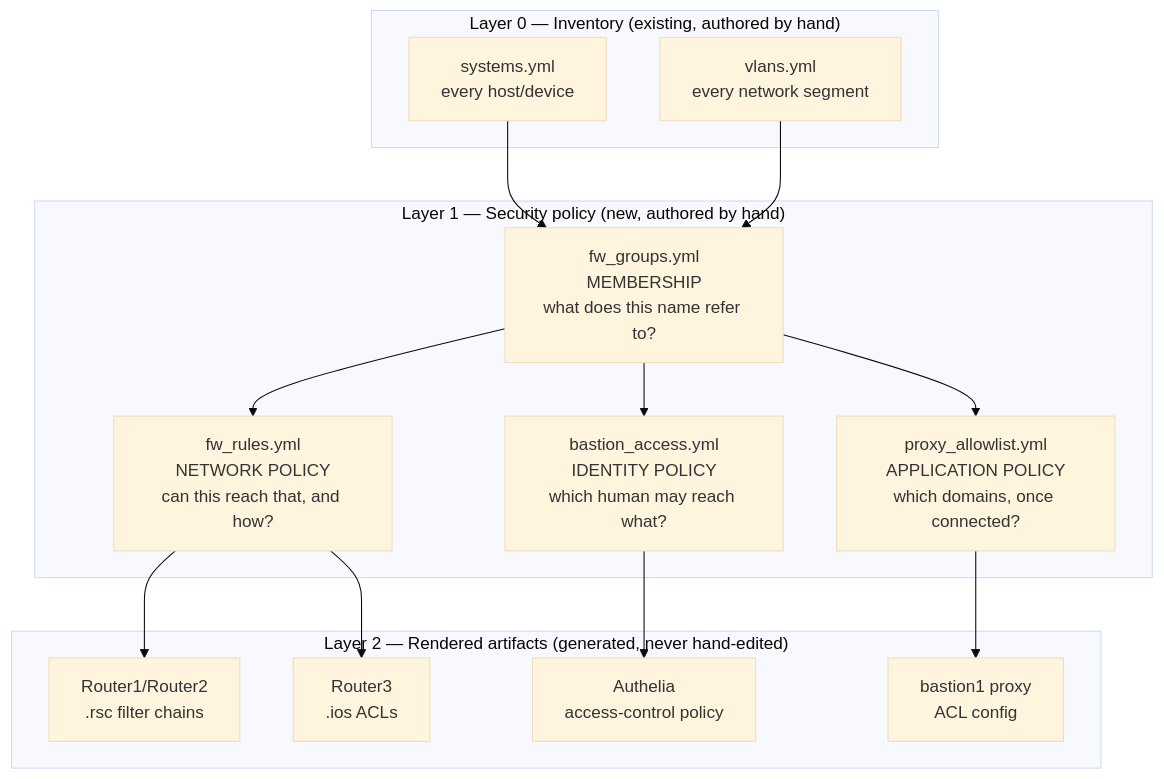
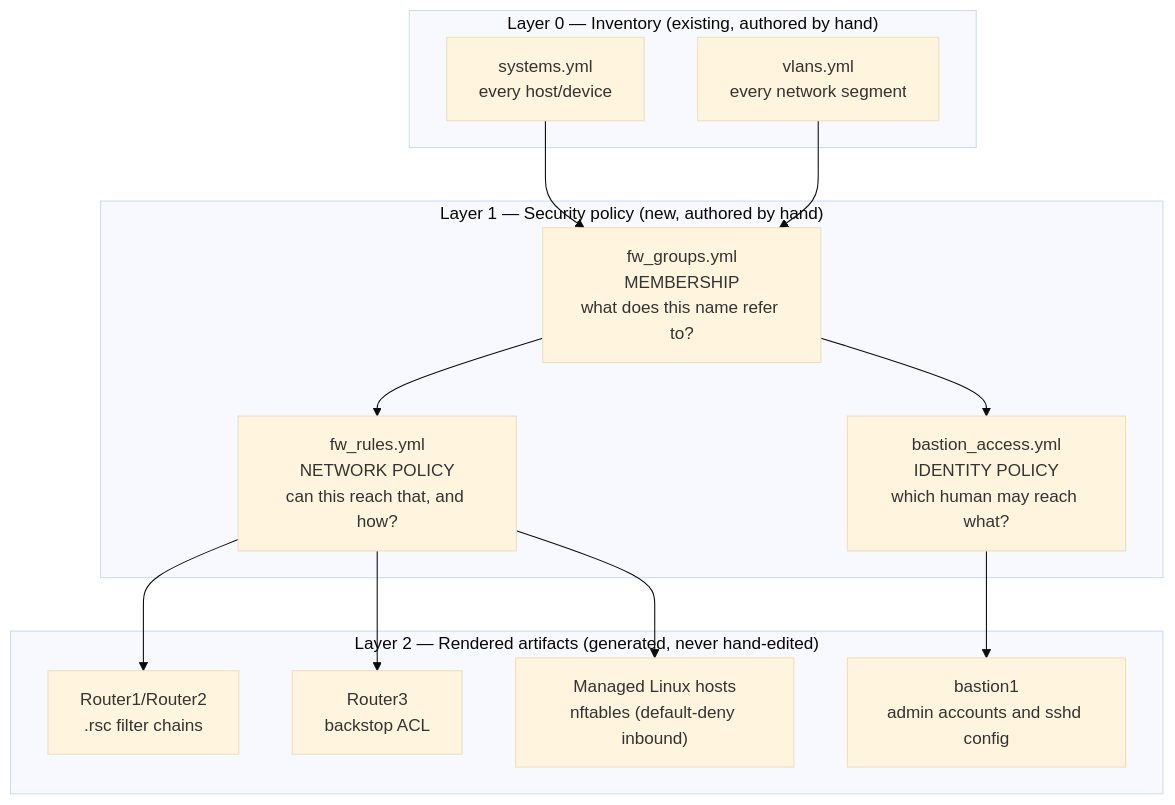
The diagram in Homelab Structure/security-sources-of-truth.mermaid (mookeyj79/The-Menagerie), drawn with Mermaid (base theme) before and after one commit. The commit also changed 8 other files, not shown here.

```diff
--- a/Homelab Structure/security-sources-of-truth.mermaid
+++ b/Homelab Structure/security-sources-of-truth.mermaid
@@ -1,29 +1,27 @@
 flowchart TB
     subgraph L0["Layer 0 — Inventory (existing, authored by hand)"]
         systems["systems.yml<br/>every host/device"]
         vlans["vlans.yml<br/>every network segment"]
     end
 
     subgraph L1["Layer 1 — Security policy (new, authored by hand)"]
         groups["fw_groups.yml<br/>MEMBERSHIP<br/>what does this name refer to?"]
         rules["fw_rules.yml<br/>NETWORK POLICY<br/>can this reach that, and how?"]
         bastion["bastion_access.yml<br/>IDENTITY POLICY<br/>which human may reach what?"]
-        proxy["proxy_allowlist.yml<br/>APPLICATION POLICY<br/>which domains, once connected?"]
     end
 
     subgraph L2["Layer 2 — Rendered artifacts (generated, never hand-edited)"]
         rsc["Router1/Router2<br/>.rsc filter chains"]
-        ios["Router3<br/>.ios ACLs"]
-        authelia["Authelia<br/>access-control policy"]
-        squidconf["bastion1 proxy<br/>ACL config"]
+        ios["Router3<br/>backstop ACL"]
+        sshcfg["bastion1<br/>admin accounts and sshd config"]
+        nft["Managed Linux hosts<br/>nftables (default-deny inbound)"]
     end
 
     systems --> groups
     vlans --> groups
     groups --> rules
     groups --> bastion
-    groups --> proxy
     rules --> rsc
     rules --> ios
-    bastion --> authelia
-    proxy --> squidconf
+    rules --> nft
+    bastion --> sshcfg
```
